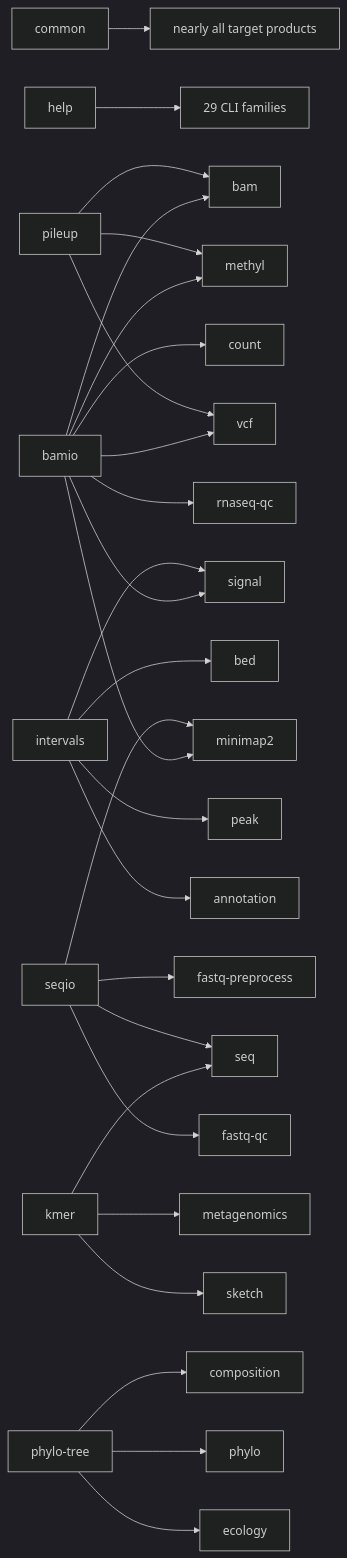
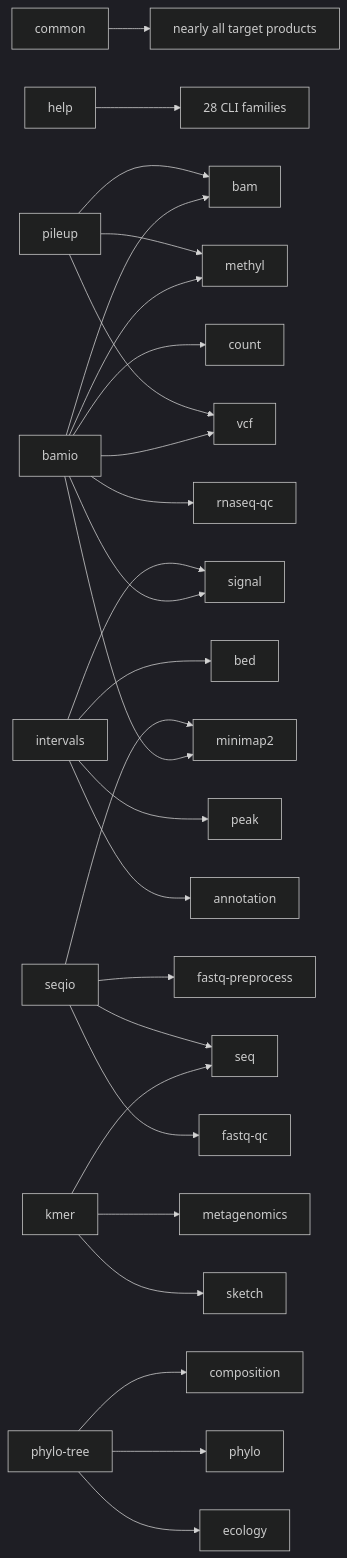
The diagram in docs/00-overview/portfolio-reconstruction.md (omics-rust/rsomics-world), drawn with Mermaid (dark theme) before and after one commit. The commit also changed other lines of this file and 16 other files, not shown here.

````diff
--- a/docs/00-overview/portfolio-reconstruction.md
+++ b/docs/00-overview/portfolio-reconstruction.md
@@ -195,29 +200,29 @@
 ```mermaid
 flowchart LR
     common["common"] --> products["nearly all target products"]
-    help["help"] --> cli["29 CLI families"]
+    help["help"] --> cli["28 CLI families"]
     bamio["bamio"] --> bam["bam"]
     bamio --> count["count"]
     bamio --> methyl["methyl"]
     bamio --> minimap2["minimap2"]
     bamio --> signal["signal"]
     bamio --> rnaqc["rnaseq-qc"]
     bamio --> vcf["vcf"]
     intervals["intervals"] --> bed["bed"]
     intervals --> signal
     intervals --> peak["peak"]
     intervals --> annotation["annotation"]
     kmer["kmer"] --> seq["seq"]
     kmer --> meta["metagenomics"]
     kmer --> sketch["sketch"]
     seqio["seqio"] --> seq
     seqio --> fastq["fastq-preprocess"]
     seqio --> fastqqc["fastq-qc"]
     seqio --> minimap2
     tree["phylo-tree"] --> composition["composition"]
     tree --> phylo["phylo"]
     tree --> ecology["ecology"]
     pileup["pileup"] --> bam
     pileup --> methyl
     pileup --> vcf
 ```
````
